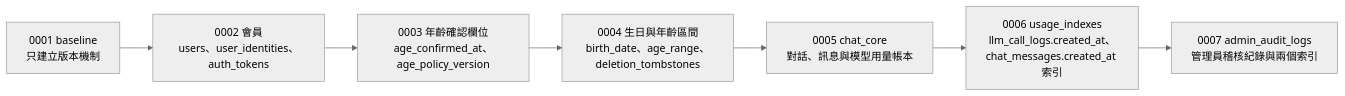
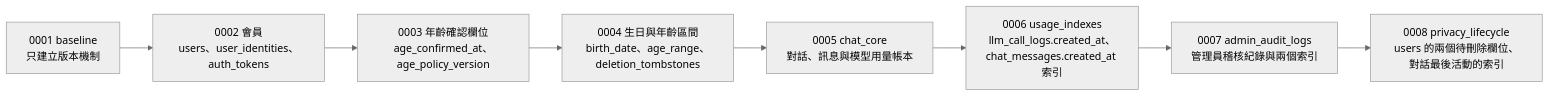
The second of 3 diagrams in docs/資料模型-data-model.md (pp466pp466/R.A.C), drawn with Mermaid (neutral theme) before and after one commit. The commit also changed other lines of this file and 77 other files, not shown here.

First line of the commit message:
新增個資生命週期（C-4c privacy-lifecycle）：自助刪除帳號、匯出個人資料與期限清除

````diff
--- a/docs/資料模型-data-model.md
+++ b/docs/資料模型-data-model.md
@@ -138,9 +143,10 @@
 ```mermaid
 flowchart LR
     M1["0001 baseline<br/>只建立版本機制"] --> M2["0002 會員<br/>users、user_identities、auth_tokens"]
     M2 --> M3["0003 年齡確認欄位<br/>age_confirmed_at、age_policy_version"]
     M3 --> M4["0004 生日與年齡區間<br/>birth_date、age_range、deletion_tombstones"]
     M4 --> M5["0005 chat_core<br/>對話、訊息與模型用量帳本"]
     M5 --> M6["0006 usage_indexes<br/>llm_call_logs.created_at、chat_messages.created_at 索引"]
     M6 --> M7["0007 admin_audit_logs<br/>管理員稽核紀錄與兩個索引"]
+    M7 --> M8["0008 privacy_lifecycle<br/>users 的兩個待刪除欄位、對話最後活動的索引"]
 ```
````
